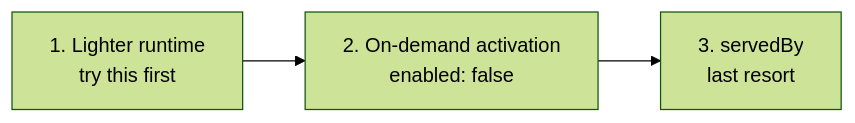
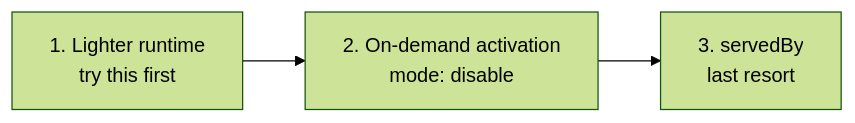
One commit to brickKit/brickKit changed the diagram in docs/en/07-patterns/06-servedby-deployment-checklist.md. Above: the diagram before and after it, drawn with Mermaid (forest theme). The commit also changed other lines of this file and 55 other files, not shown here.

````diff
--- a/docs/en/07-patterns/06-servedby-deployment-checklist.md
+++ b/docs/en/07-patterns/06-servedby-deployment-checklist.md
@@ -35,4 +35,4 @@
 ```mermaid
 graph LR
-    A["1. Lighter runtime<br/>try this first"] --> B["2. On-demand activation<br/>enabled: false"] --> C["3. servedBy<br/>last resort"]
+    A["1. Lighter runtime<br/>try this first"] --> B["2. On-demand activation<br/>mode: disable"] --> C["3. servedBy<br/>last resort"]
 ```
````
